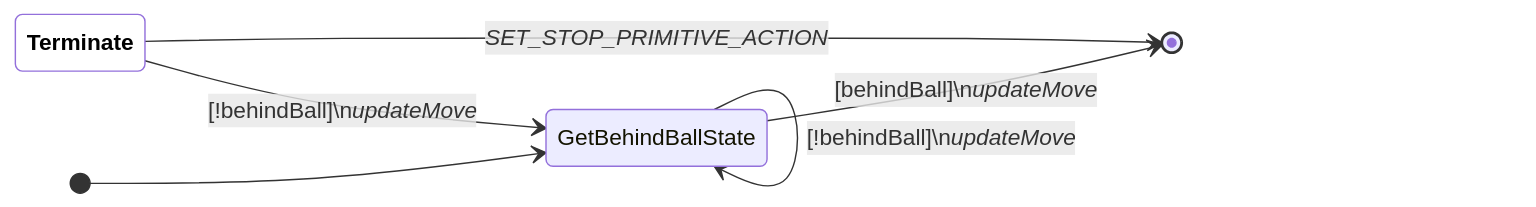
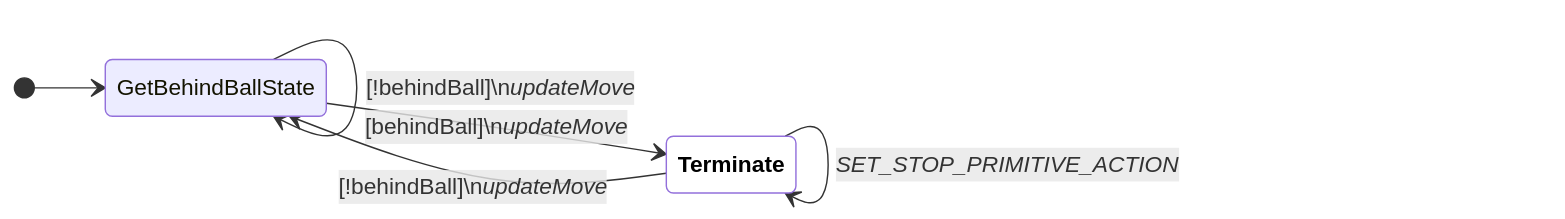
Before and after one commit to UBC-Thunderbots/Software: the fourth of 16 diagrams in docs/fsm-diagrams.md, drawn with Mermaid. The commit also changed other lines of this file and 1 other file, not shown here.

Commit message:
Combine end and terminate state

````diff
--- a/docs/fsm-diagrams.md
+++ b/docs/fsm-diagrams.md
@@ -61,12 +61,12 @@
 ```mermaid
 
 stateDiagram-v2
 classDef terminate fill:white,color:black,font-weight:bold
 direction LR
 [*] --> GetBehindBallState
 GetBehindBallState --> GetBehindBallState : [!behindBall]\n<i>updateMove</i>
-GetBehindBallState --> [*] : [behindBall]\n<i>updateMove</i>
+GetBehindBallState --> Terminate:::terminate : [behindBall]\n<i>updateMove</i>
 Terminate:::terminate --> GetBehindBallState : [!behindBall]\n<i>updateMove</i>
-Terminate:::terminate --> [*] : <i>SET_STOP_PRIMITIVE_ACTION</i>
+Terminate:::terminate --> Terminate:::terminate : <i>SET_STOP_PRIMITIVE_ACTION</i>
 
 ```
````
